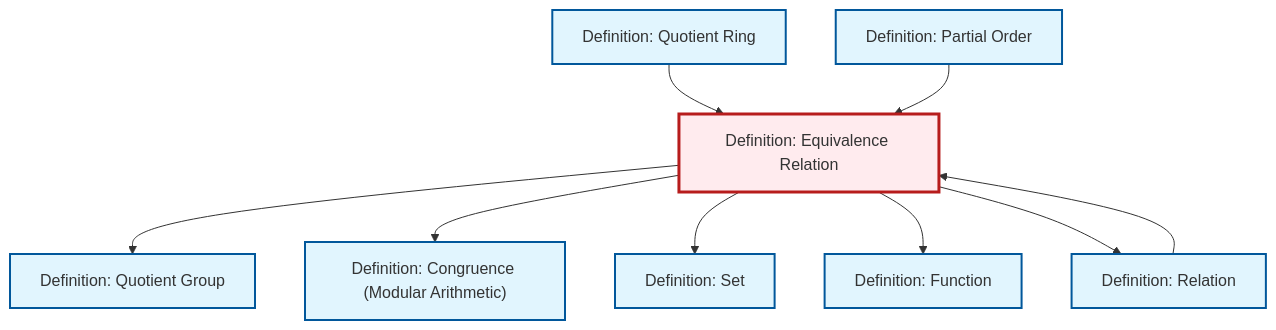
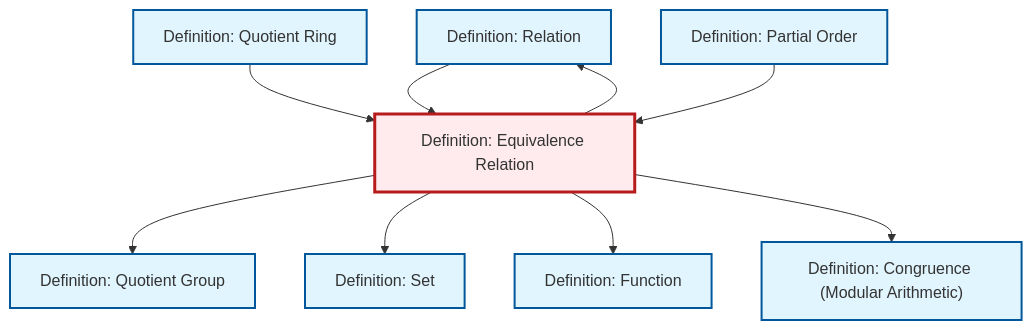
One commit to RK0429/ModernMath changed the diagram in content/ja/logic-set-theory/def-equivalence-relation.qmd. Above: the diagram before and after it, drawn with Mermaid. The commit also changed other lines of this file and 619 other files, not shown here.

````diff
--- a/content/ja/logic-set-theory/def-equivalence-relation.qmd
+++ b/content/ja/logic-set-theory/def-equivalence-relation.qmd
@@ -116,33 +116,33 @@
 ```{mermaid}
 %%| fig-cap: "Local dependency graph"
 graph TD
     classDef definition fill:#e1f5fe,stroke:#01579b,stroke-width:2px
     classDef theorem fill:#f3e5f5,stroke:#4a148c,stroke-width:2px
     classDef axiom fill:#fff3e0,stroke:#e65100,stroke-width:2px
     classDef example fill:#e8f5e9,stroke:#1b5e20,stroke-width:2px
     classDef current fill:#ffebee,stroke:#b71c1c,stroke-width:3px
+    def-relation["Definition: Relation"]:::definition
+    def-congruence["Definition: Congruence (Modular Arithmetic)"]:::definition
+    def-set["Definition: Set"]:::definition
     def-partial-order["Definition: Partial Order"]:::definition
+    def-quotient-group["Definition: Quotient Group"]:::definition
     def-equivalence-relation["Definition: Equivalence Relation"]:::definition
-    def-congruence["Definition: Congruence (Modular Arithmetic)"]:::definition
+    def-quotient-ring["Definition: Quotient Ring"]:::definition
     def-function["Definition: Function"]:::definition
-    def-quotient-ring["Definition: Quotient Ring"]:::definition
-    def-set["Definition: Set"]:::definition
-    def-quotient-group["Definition: Quotient Group"]:::definition
-    def-relation["Definition: Relation"]:::definition
     def-equivalence-relation --> def-quotient-group
+    def-relation --> def-equivalence-relation
+    def-equivalence-relation --> def-relation
+    def-equivalence-relation --> def-set
+    def-equivalence-relation --> def-function
     def-quotient-ring --> def-equivalence-relation
     def-equivalence-relation --> def-congruence
     def-partial-order --> def-equivalence-relation
-    def-equivalence-relation --> def-set
-    def-equivalence-relation --> def-function
-    def-relation --> def-equivalence-relation
-    def-equivalence-relation --> def-relation
     class def-equivalence-relation current
+    click def-relation "def-relation.html" "Definition: Relationへ"
+    click def-congruence "def-congruence.html" "Definition: Congruence (Modular Arithmetic)へ"
+    click def-set "def-set.html" "Definition: Setへ"
     click def-partial-order "def-partial-order.html" "Definition: Partial Orderへ"
-    click def-congruence "def-congruence.html" "Definition: Congruence (Modular Arithmetic)へ"
+    click def-quotient-group "def-quotient-group.html" "Definition: Quotient Groupへ"
+    click def-quotient-ring "def-quotient-ring.html" "Definition: Quotient Ringへ"
     click def-function "def-function.html" "Definition: Functionへ"
-    click def-quotient-ring "def-quotient-ring.html" "Definition: Quotient Ringへ"
-    click def-set "def-set.html" "Definition: Setへ"
-    click def-quotient-group "def-quotient-group.html" "Definition: Quotient Groupへ"
-    click def-relation "def-relation.html" "Definition: Relationへ"
 ```
````
